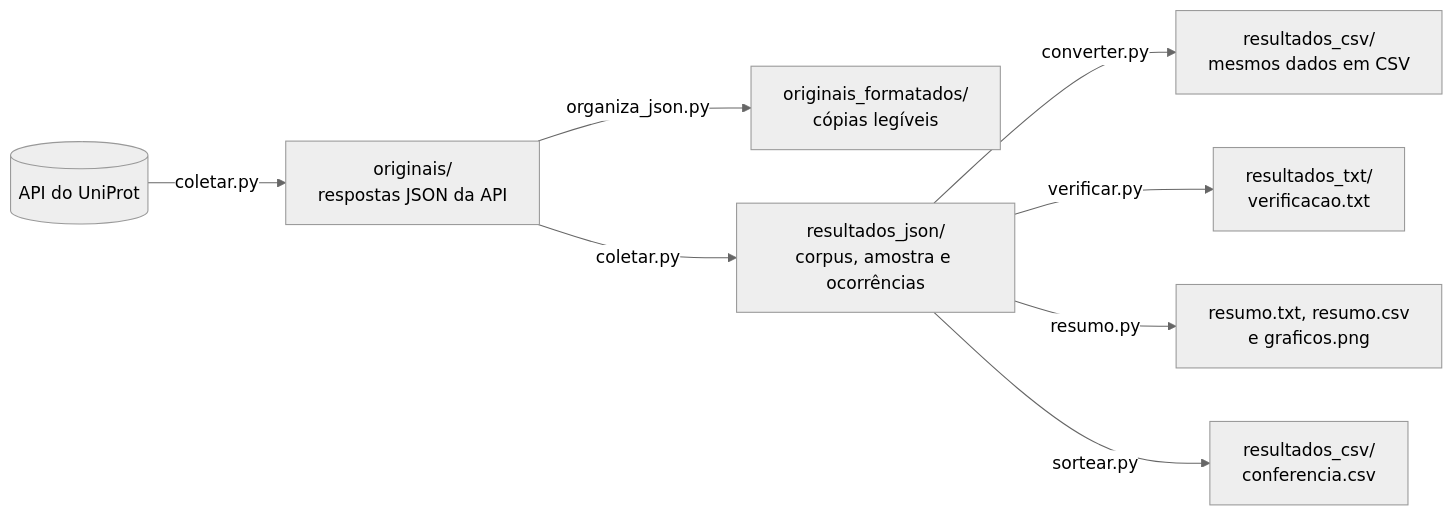
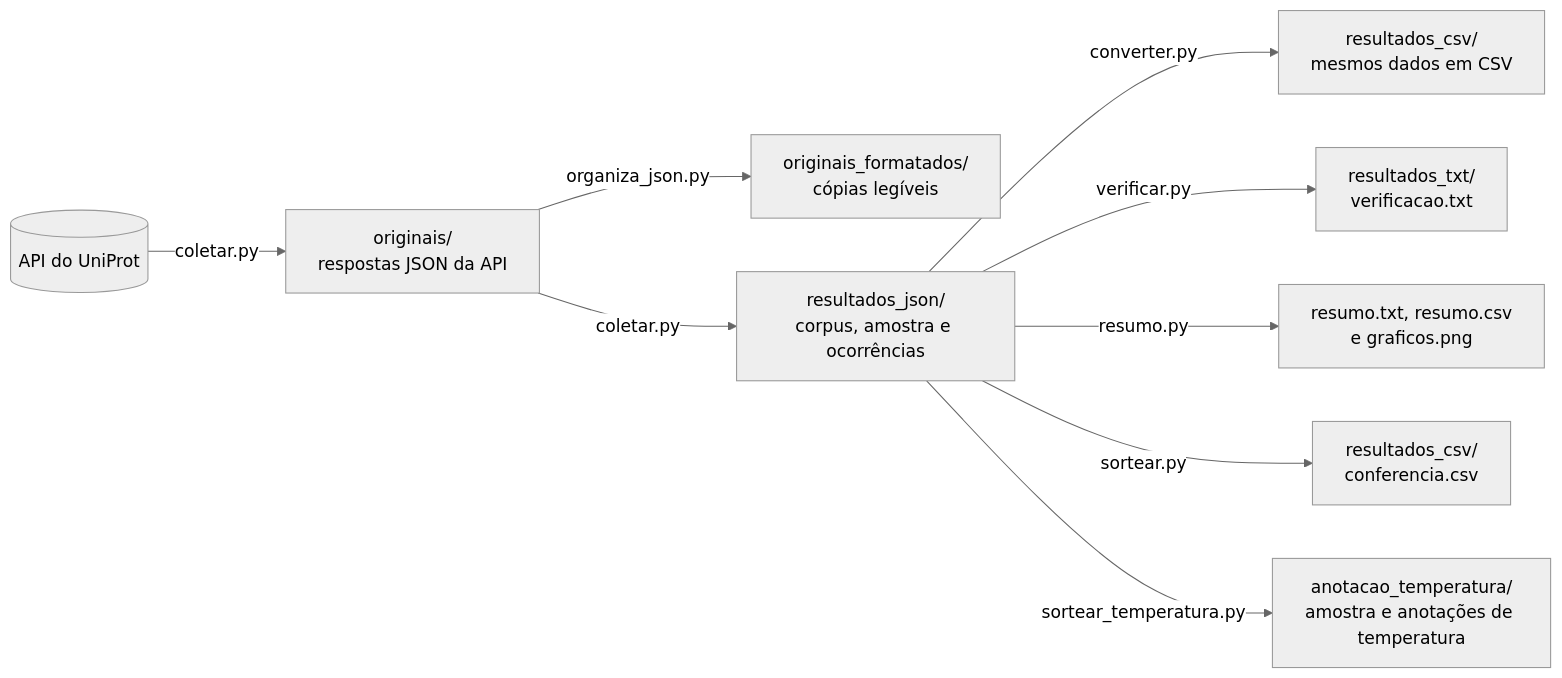
Before and after one commit to RicardoRisson/prot-extractor: the diagram in README.md, drawn with Mermaid (neutral theme). The commit also changed other lines of this file and 6 other files, not shown here.

Commit message:
Etapa 2: verificação e resumo das anotações; README atualizado; amostra da etapa 1 e sortear.py restaurados

````diff
--- a/README.md
+++ b/README.md
@@ -45,10 +54,11 @@
 ```mermaid
 flowchart LR
     A[(API do UniProt)] -->|coletar.py| B["originais/<br/>respostas JSON da API"]
     B -->|organiza_json.py| G["originais_formatados/<br/>cópias legíveis"]
     B -->|coletar.py| C["resultados_json/<br/>corpus, amostra e ocorrências"]
     C -->|converter.py| D["resultados_csv/<br/>mesmos dados em CSV"]
     C -->|verificar.py| E["resultados_txt/<br/>verificacao.txt"]
     C -->|resumo.py| F["resumo.txt, resumo.csv<br/>e graficos.png"]
     C -->|sortear.py| H["resultados_csv/<br/>conferencia.csv"]
+    C -->|sortear_temperatura.py| I["anotacao_temperatura/<br/>amostra e anotações de temperatura"]
 ```
````
